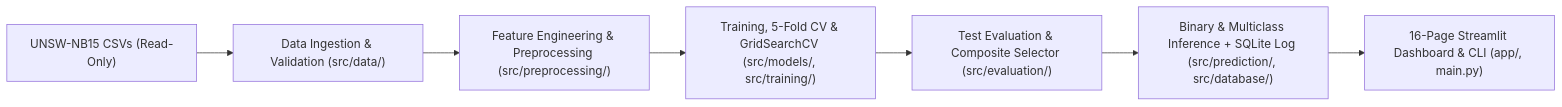
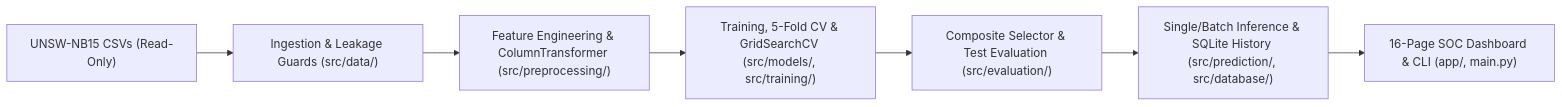
Before and after one commit to Deb-Kumar/NETGUARD-AI: the diagram in README.md, drawn with Mermaid. The commit also changed other lines of this file and 7 other files, not shown here.

Commit message:
docs: enhance README showcase and add 6 visual analytics charts

````diff
--- a/README.md
+++ b/README.md
@@ -42,9 +81,9 @@
 ```mermaid
 flowchart LR
-    A["UNSW-NB15 CSVs (Read-Only)"] --> B["Data Ingestion & Validation (src/data/)"]
-    B --> C["Feature Engineering & Preprocessing (src/preprocessing/)"]
+    A["UNSW-NB15 CSVs (Read-Only)"] --> B["Ingestion & Leakage Guards (src/data/)"]
+    B --> C["Feature Engineering & ColumnTransformer (src/preprocessing/)"]
     C --> D["Training, 5-Fold CV & GridSearchCV (src/models/, src/training/)"]
-    D --> E["Test Evaluation & Composite Selector (src/evaluation/)"]
-    E --> F["Binary & Multiclass Inference + SQLite Log (src/prediction/, src/database/)"]
-    F --> G["16-Page Streamlit Dashboard & CLI (app/, main.py)"]
+    D --> E["Composite Selector & Test Evaluation (src/evaluation/)"]
+    E --> F["Single/Batch Inference & SQLite History (src/prediction/, src/database/)"]
+    F --> G["16-Page SOC Dashboard & CLI (app/, main.py)"]
 ```
````
